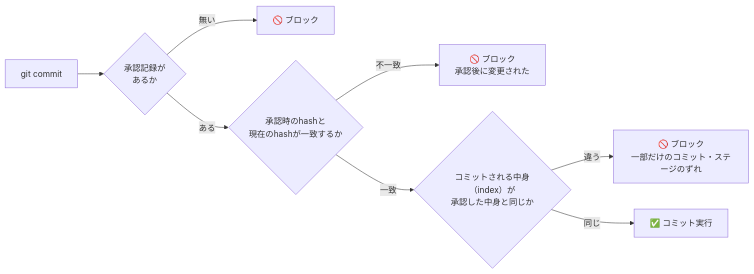
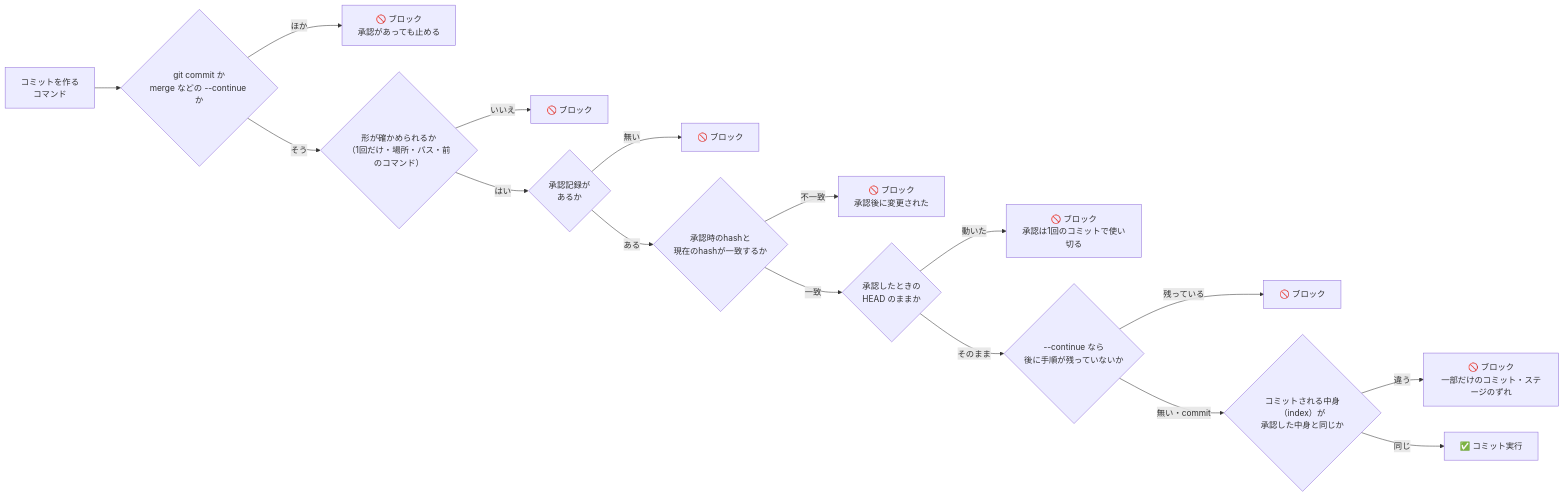
Before and after one commit to Harurow/chrome.ext.kabu-tantan: the second of 2 diagrams in docs/WORKFLOW.md, drawn with Mermaid. The commit also changed other lines of this file and 7 other files, not shown here.

````diff
--- a/docs/WORKFLOW.md
+++ b/docs/WORKFLOW.md
@@ -131,10 +131,18 @@
 ```mermaid
 flowchart LR
-    A["git commit"] --> B{"承認記録が<br/>あるか"}
+    A["コミットを作る<br/>コマンド"] --> K{"git commit か<br/>merge などの --continue か"}
+    K -->|"ほか"| X0["🚫 ブロック<br/>承認があっても止める"]
+    K -->|"そう"| S{"形が確かめられるか<br/>（1回だけ・場所・パス・前のコマンド）"}
+    S -->|"いいえ"| X5["🚫 ブロック"]
+    S -->|"はい"| B{"承認記録が<br/>あるか"}
     B -->|"無い"| X1["🚫 ブロック"]
     B -->|"ある"| C{"承認時のhashと<br/>現在のhashが一致するか"}
     C -->|"不一致"| X2["🚫 ブロック<br/>承認後に変更された"]
-    C -->|"一致"| D{"コミットされる中身（index）が<br/>承認した中身と同じか"}
-    D -->|"違う"| X3["🚫 ブロック<br/>一部だけのコミット・ステージのずれ"]
+    C -->|"一致"| H{"承認したときの<br/>HEAD のままか"}
+    H -->|"動いた"| X3["🚫 ブロック<br/>承認は1回のコミットで使い切る"]
+    H -->|"そのまま"| R{"--continue なら<br/>後に手順が残っていないか"}
+    R -->|"残っている"| X6["🚫 ブロック"]
+    R -->|"無い・commit"| D{"コミットされる中身（index）が<br/>承認した中身と同じか"}
+    D -->|"違う"| X4["🚫 ブロック<br/>一部だけのコミット・ステージのずれ"]
     D -->|"同じ"| OK["✅ コミット実行"]
 ```
````
